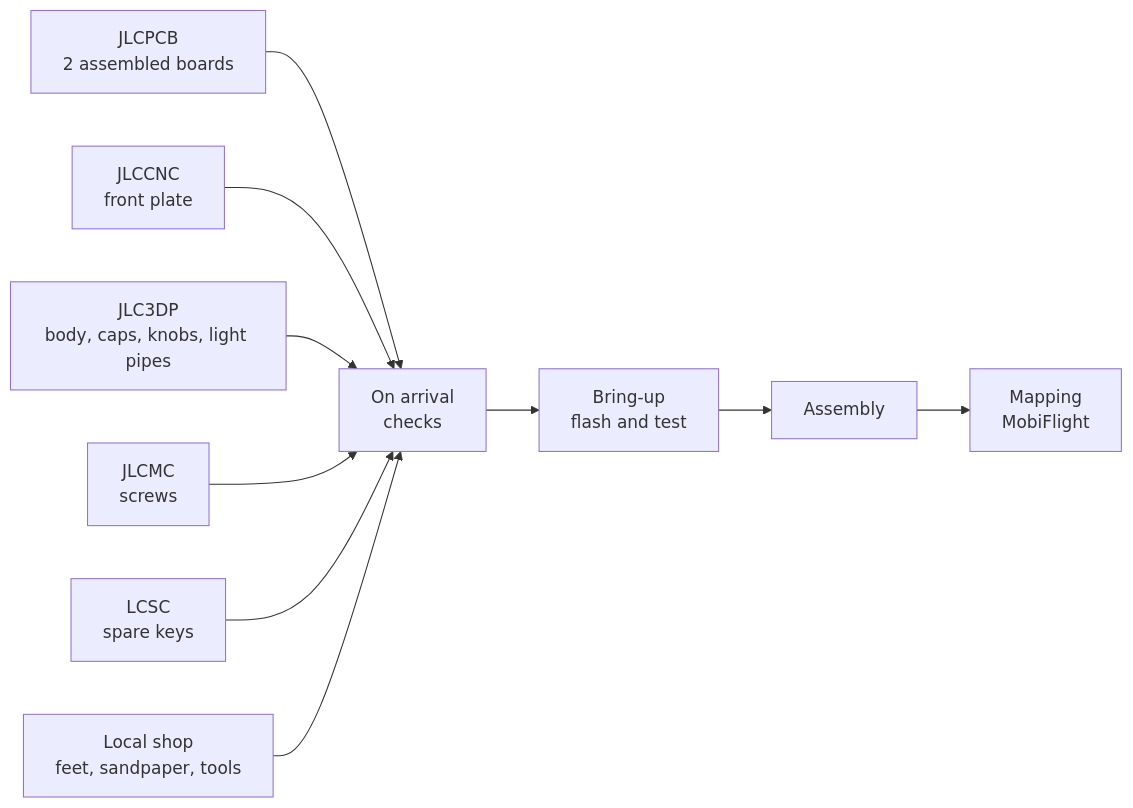
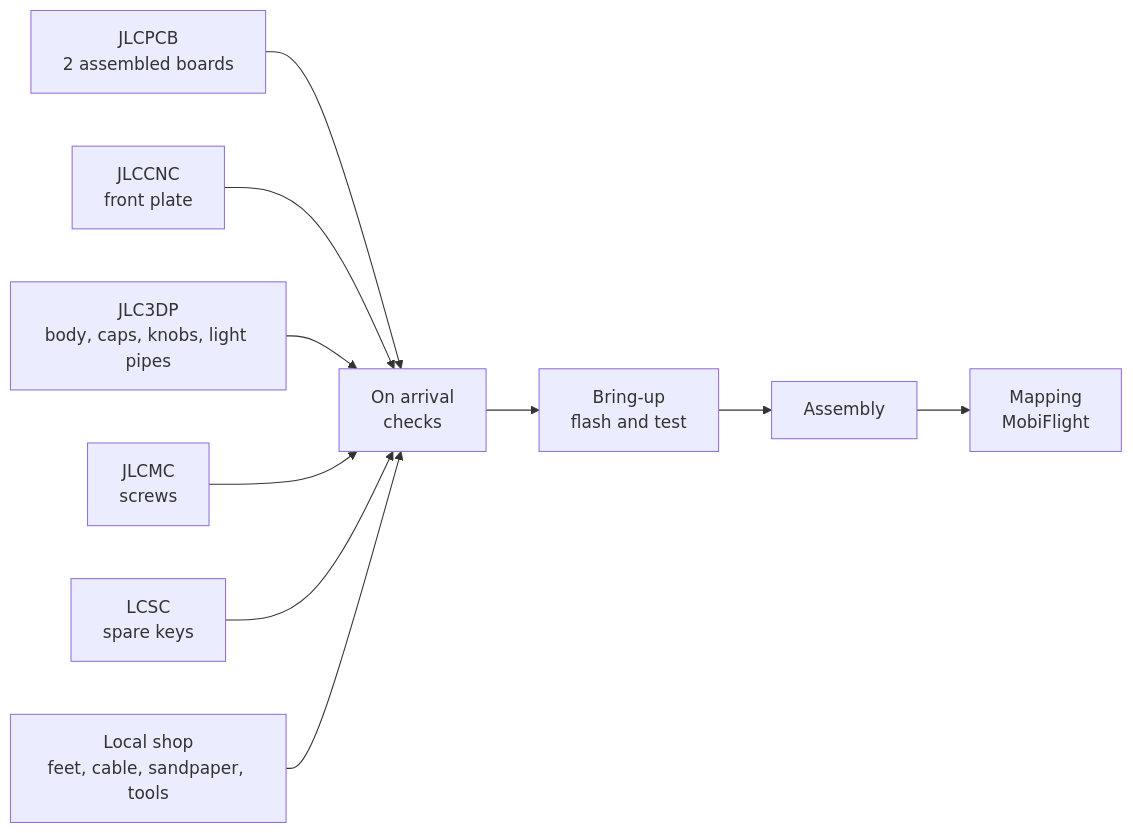
The diagram in docs/building/README.md (saschagrunert/avionics-panel), drawn with Mermaid before and after one commit. The commit also changed other lines of this file and 8 other files, not shown here.

````diff
--- a/docs/building/README.md
+++ b/docs/building/README.md
@@ -6,14 +6,14 @@
 ```mermaid
 flowchart LR
   jlcpcb["JLCPCB<br>2 assembled boards"]
   jlccnc["JLCCNC<br>front plate"]
   jlc3dp["JLC3DP<br>body, caps, knobs, light pipes"]
   jlcmc["JLCMC<br>screws"]
   lcsc["LCSC<br>spare keys"]
-  local["Local shop<br>feet, sandpaper, tools"]
+  local["Local shop<br>feet, cable, sandpaper, tools"]
   arrival["On arrival<br>checks"]
   bringup["Bring-up<br>flash and test"]
   assembly["Assembly"]
   mapping["Mapping<br>MobiFlight"]
   jlcpcb & jlccnc & jlc3dp & jlcmc & lcsc & local --> arrival --> bringup --> assembly --> mapping
 ```
````
